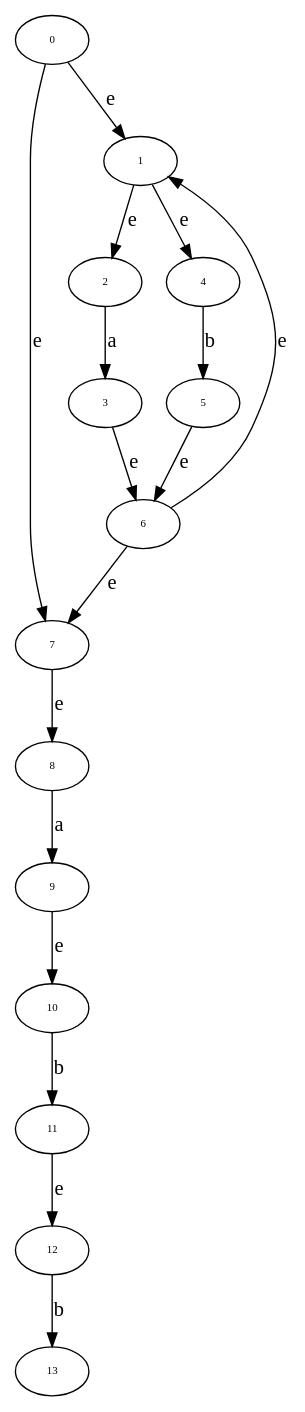
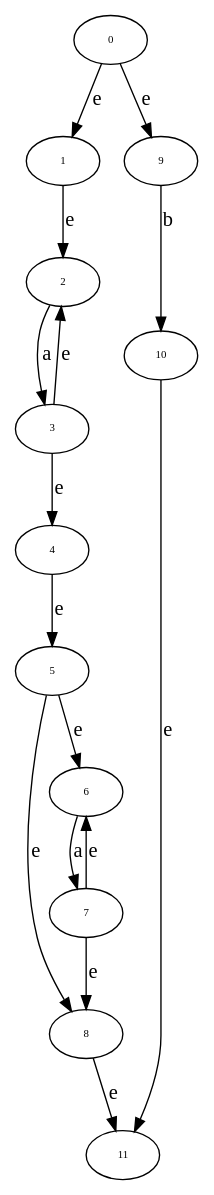
Before and after one commit to GDawg4/P1: the diagram in graph.dot, drawn with Graphviz. The commit also changed 8 other files, not shown here.

```diff
--- a/graph.dot
+++ b/graph.dot
@@ -1,151 +1,136 @@
 digraph RGL__DirectedAdjacencyGraph {
-    11 [
-        fontsize = 8,
-        label = 11
-    ]
-
-    12 [
-        fontsize = 8,
-        label = 12
-    ]
-
-    9 [
-        fontsize = 8,
-        label = 9
-    ]
-
-    10 [
-        fontsize = 8,
-        label = 10
-    ]
-
-    7 [
-        fontsize = 8,
-        label = 7
-    ]
-
-    8 [
-        fontsize = 8,
-        label = 8
-    ]
-
     0 [
         fontsize = 8,
         label = 0
     ]
 
     1 [
         fontsize = 8,
         label = 1
     ]
 
-    6 [
+    9 [
         fontsize = 8,
-        label = 6
+        label = 9
+    ]
+
+    8 [
+        fontsize = 8,
+        label = 8
+    ]
+
+    11 [
+        fontsize = 8,
+        label = 11
+    ]
+
+    10 [
+        fontsize = 8,
+        label = 10
+    ]
+
+    4 [
+        fontsize = 8,
+        label = 4
+    ]
+
+    5 [
+        fontsize = 8,
+        label = 5
     ]
 
     2 [
         fontsize = 8,
         label = 2
     ]
 
-    4 [
-        fontsize = 8,
-        label = 4
-    ]
-
     3 [
         fontsize = 8,
         label = 3
     ]
 
-    5 [
+    6 [
         fontsize = 8,
-        label = 5
+        label = 6
     ]
 
-    13 [
+    7 [
         fontsize = 8,
-        label = 13
-    ]
-
-    11 -> 12 [
-        fontsize = 15,
-        label = e
-    ]
-
-    12 -> 13 [
-        fontsize = 15,
-        label = b
-    ]
-
-    9 -> 10 [
-        fontsize = 15,
-        label = e
-    ]
-
-    10 -> 11 [
-        fontsize = 15,
-        label = b
-    ]
-
-    7 -> 8 [
-        fontsize = 15,
-        label = e
-    ]
-
-    8 -> 9 [
-        fontsize = 15,
-        label = a
+        label = 7
     ]
 
     0 -> 1 [
         fontsize = 15,
         label = e
     ]
 
-    0 -> 7 [
+    0 -> 9 [
         fontsize = 15,
         label = e
     ]
 
     1 -> 2 [
         fontsize = 15,
         label = e
     ]
 
-    1 -> 4 [
+    9 -> 10 [
+        fontsize = 15,
+        label = b
+    ]
+
+    8 -> 11 [
         fontsize = 15,
         label = e
     ]
 
-    6 -> 7 [
+    10 -> 11 [
         fontsize = 15,
         label = e
     ]
 
-    6 -> 1 [
+    4 -> 5 [
+        fontsize = 15,
+        label = e
+    ]
+
+    5 -> 6 [
+        fontsize = 15,
+        label = e
+    ]
+
+    5 -> 8 [
         fontsize = 15,
         label = e
     ]
 
     2 -> 3 [
         fontsize = 15,
         label = a
     ]
 
-    4 -> 5 [
-        fontsize = 15,
-        label = b
-    ]
-
-    3 -> 6 [
+    3 -> 4 [
         fontsize = 15,
         label = e
     ]
 
-    5 -> 6 [
+    3 -> 2 [
+        fontsize = 15,
+        label = e
+    ]
+
+    6 -> 7 [
+        fontsize = 15,
+        label = a
+    ]
+
+    7 -> 8 [
+        fontsize = 15,
+        label = e
+    ]
+
+    7 -> 6 [
         fontsize = 15,
         label = e
     ]
 }
```
